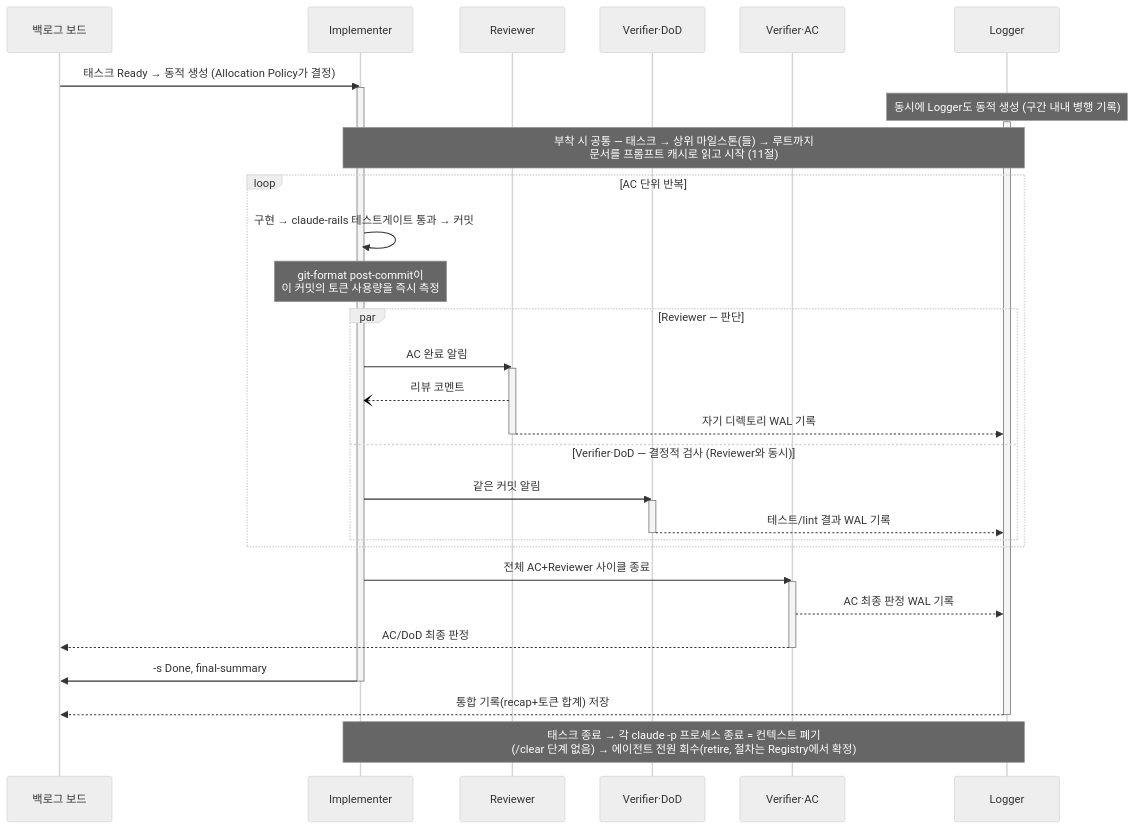
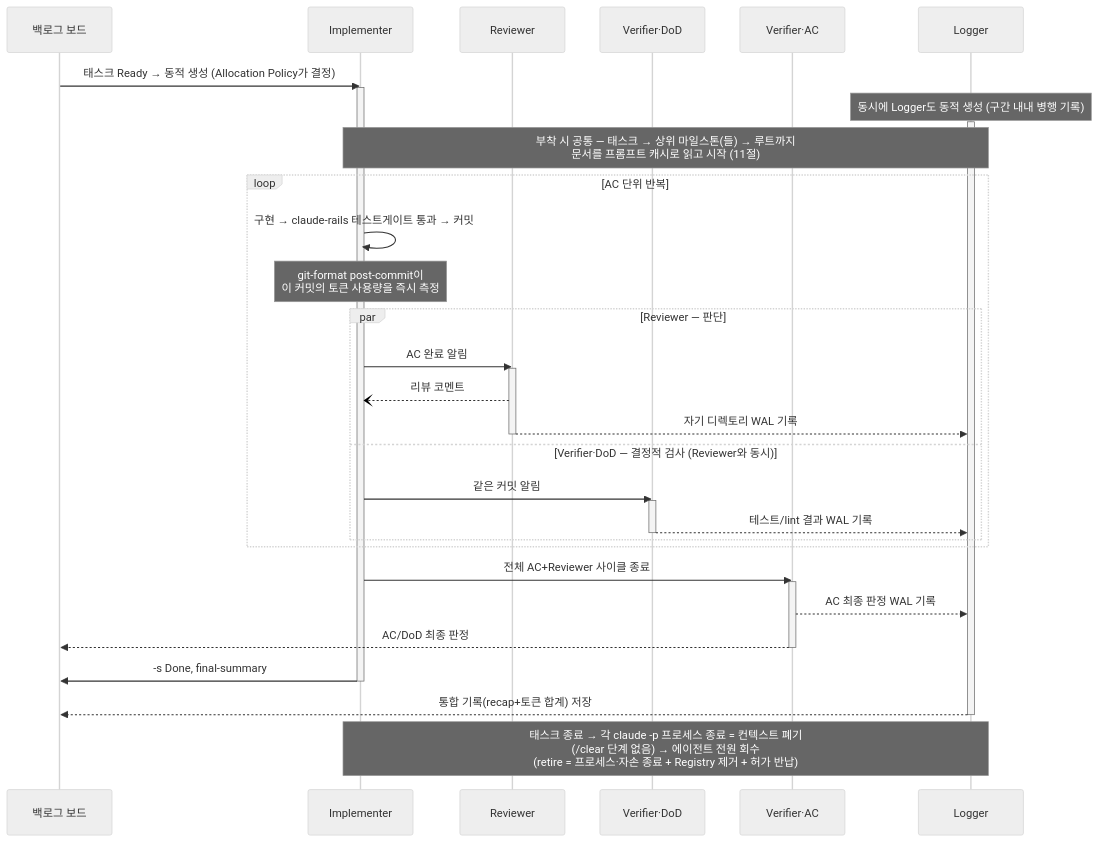
The diagram in diagrams/07-task-sequence.mmd (coralstay/coralstay-software-factory), drawn with Mermaid (neutral theme) before and after one commit. The commit also changed 4 other files, not shown here.

First line of the commit message:
회수 정의를 프로세스·자손 종료 + Registry 제거 + 허가 반납으로 확정

```diff
--- a/diagrams/07-task-sequence.mmd
+++ b/diagrams/07-task-sequence.mmd
@@ -1,42 +1,42 @@
 sequenceDiagram
     participant Board as 백로그 보드
     participant Imp as Implementer
     participant Rev as Reviewer
     participant VD as Verifier·DoD
     participant VA as Verifier·AC
     participant Log as Logger
 
     Board->>Imp: 태스크 Ready → 동적 생성 (Allocation Policy가 결정)
     activate Imp
     Note over Log: 동시에 Logger도 동적 생성 (구간 내내 병행 기록)
     activate Log
     Note over Imp,Log: 부착 시 공통 — 태스크 → 상위 마일스톤(들) → 루트까지<br/>문서를 프롬프트 캐시로 읽고 시작 (11절)
 
     loop AC 단위 반복
         Imp->>Imp: 구현 → claude-rails 테스트게이트 통과 → 커밋
         Note over Imp: git-format post-commit이<br/>이 커밋의 토큰 사용량을 즉시 측정
         par Reviewer — 판단
             Imp->>Rev: AC 완료 알림
             activate Rev
             Rev--)Imp: 리뷰 코멘트
             Rev-->>Log: 자기 디렉토리 WAL 기록
             deactivate Rev
         and Verifier·DoD — 결정적 검사 (Reviewer와 동시)
             Imp->>VD: 같은 커밋 알림
             activate VD
             VD-->>Log: 테스트/lint 결과 WAL 기록
             deactivate VD
         end
     end
 
     Imp->>VA: 전체 AC+Reviewer 사이클 종료
     activate VA
     VA-->>Log: AC 최종 판정 WAL 기록
     VA-->>Board: AC/DoD 최종 판정
     deactivate VA
 
     Imp->>Board: -s Done, final-summary
     deactivate Imp
     Log-->>Board: 통합 기록(recap+토큰 합계) 저장
     deactivate Log
-    Note over Imp,Log: 태스크 종료 → 각 claude -p 프로세스 종료 = 컨텍스트 폐기<br/>(/clear 단계 없음) → 에이전트 전원 회수(retire, 절차는 Registry에서 확정)
+    Note over Imp,Log: 태스크 종료 → 각 claude -p 프로세스 종료 = 컨텍스트 폐기<br/>(/clear 단계 없음) → 에이전트 전원 회수<br/>(retire = 프로세스·자손 종료 + Registry 제거 + 허가 반납)
```
